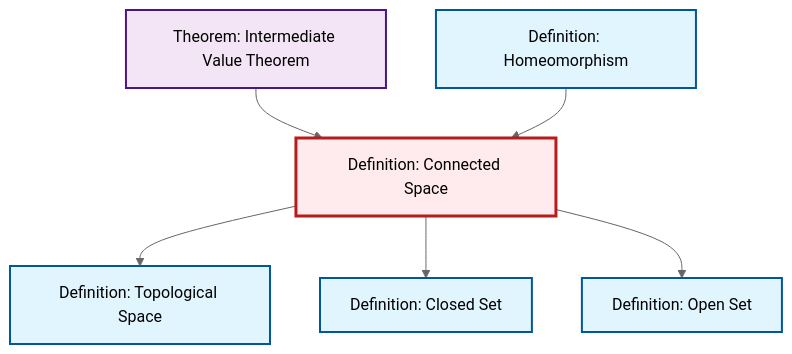
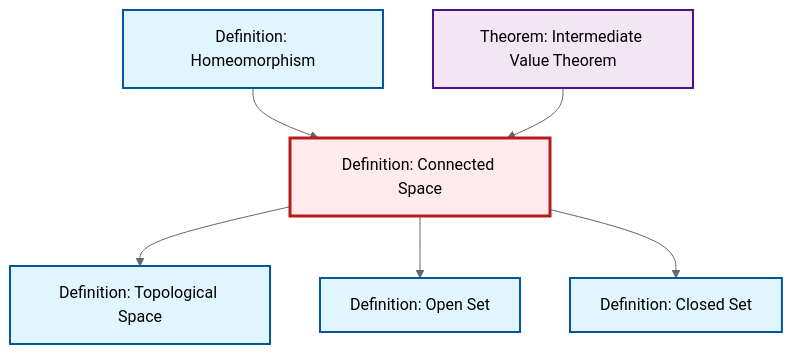
Before and after one commit to RK0429/ModernMath: the diagram in content/en/topology/def-connected.qmd, drawn with Mermaid (neutral theme). The commit also changed other lines of this file and 1069 other files, not shown here.

````diff
--- a/content/en/topology/def-connected.qmd
+++ b/content/en/topology/def-connected.qmd
@@ -53,26 +53,26 @@
 ```{mermaid}
 %%| fig-cap: "Local dependency graph"
 graph TD
     classDef definition fill:#e1f5fe,stroke:#01579b,stroke-width:2px
     classDef theorem fill:#f3e5f5,stroke:#4a148c,stroke-width:2px
     classDef axiom fill:#fff3e0,stroke:#e65100,stroke-width:2px
     classDef example fill:#e8f5e9,stroke:#1b5e20,stroke-width:2px
     classDef current fill:#ffebee,stroke:#b71c1c,stroke-width:3px
+    thm-intermediate-value["Theorem: Intermediate Value Theorem"]:::theorem
     def-connected["Definition: Connected Space"]:::definition
+    def-homeomorphism["Definition: Homeomorphism"]:::definition
     def-open-set["Definition: Open Set"]:::definition
-    thm-intermediate-value["Theorem: Intermediate Value Theorem"]:::theorem
+    def-topological-space["Definition: Topological Space"]:::definition
     def-closed-set["Definition: Closed Set"]:::definition
-    def-homeomorphism["Definition: Homeomorphism"]:::definition
-    def-topological-space["Definition: Topological Space"]:::definition
+    def-connected --> def-topological-space
+    def-homeomorphism --> def-connected
     thm-intermediate-value --> def-connected
-    def-connected --> def-topological-space
+    def-connected --> def-open-set
     def-connected --> def-closed-set
-    def-homeomorphism --> def-connected
-    def-connected --> def-open-set
     class def-connected current
+    click thm-intermediate-value "thm-intermediate-value.html" "Go to Intermediate Value Theorem theorem"
+    click def-homeomorphism "def-homeomorphism.html" "Go to Homeomorphism definition"
     click def-open-set "def-open-set.html" "Go to Open Set definition"
-    click thm-intermediate-value "thm-intermediate-value.html" "Go to Intermediate Value Theorem theorem"
+    click def-topological-space "def-topological-space.html" "Go to Topological Space definition"
     click def-closed-set "def-closed-set.html" "Go to Closed Set definition"
-    click def-homeomorphism "def-homeomorphism.html" "Go to Homeomorphism definition"
-    click def-topological-space "def-topological-space.html" "Go to Topological Space definition"
 ```
````
